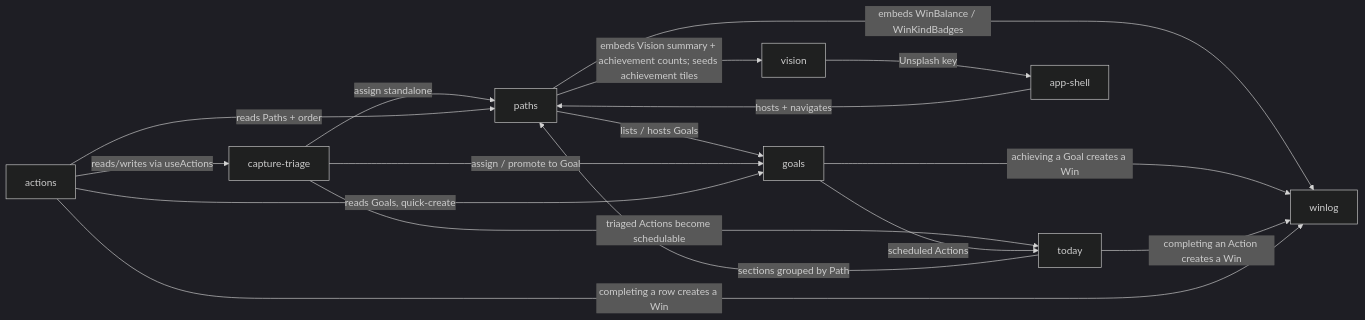
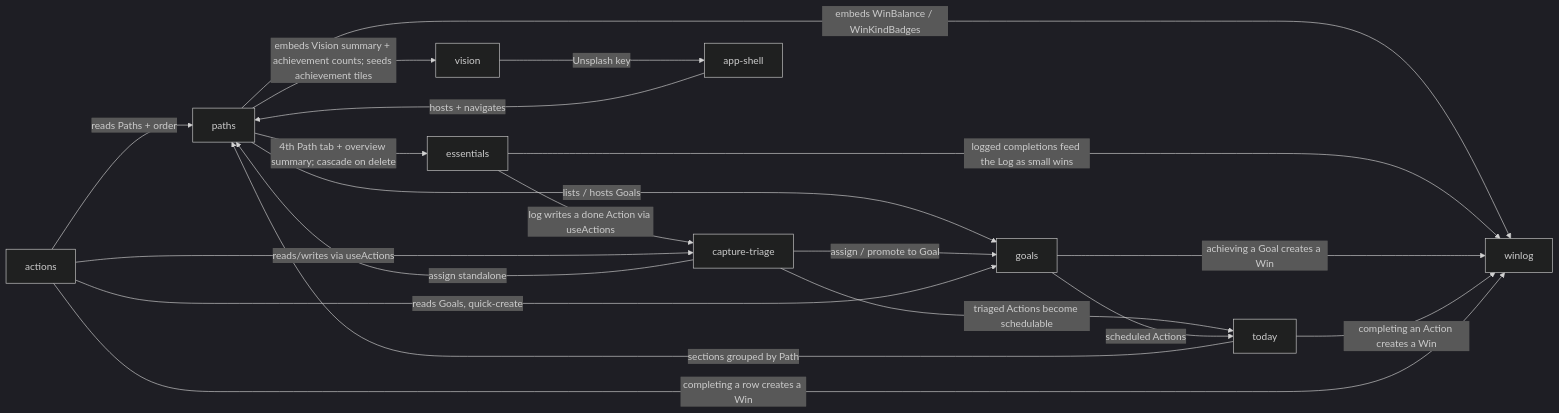
Before and after one commit to marekbrze/bricks: the diagram in docs/MODULES.md, drawn with Mermaid (dark theme). The commit also changed other lines of this file and 6 other files, not shown here.

````diff
--- a/docs/MODULES.md
+++ b/docs/MODULES.md
@@ -103,19 +113,22 @@
 ```mermaid
 graph LR
     PATHS[paths] -->|embeds Vision summary + achievement counts; seeds achievement tiles| VISION[vision]
     PATHS -->|lists / hosts Goals| GOALS[goals]
     PATHS -->|embeds WinBalance / WinKindBadges| WINLOG[winlog]
+    PATHS -->|4th Path tab + overview summary; cascade on delete| ESSENTIALS[essentials]
+    ESSENTIALS -->|log writes a done Action via useActions| CAPTURE
+    ESSENTIALS -->|logged completions feed the Log as small wins| WINLOG
     CAPTURE[capture-triage] -->|assign / promote to Goal| GOALS
     CAPTURE -->|assign standalone| PATHS
     CAPTURE -->|triaged Actions become schedulable| TODAY[today]
     GOALS -->|scheduled Actions| TODAY
     GOALS -->|achieving a Goal creates a Win| WINLOG
     TODAY -->|completing an Action creates a Win| WINLOG
     TODAY -->|sections grouped by Path| PATHS
     ACTIONS[actions] -->|reads/writes via useActions| CAPTURE
     ACTIONS -->|reads Goals, quick-create| GOALS
     ACTIONS -->|reads Paths + order| PATHS
     ACTIONS -->|completing a row creates a Win| WINLOG
     VISION -->|Unsplash key| SHELL[app-shell]
     SHELL -->|hosts + navigates| PATHS
 ```
````
